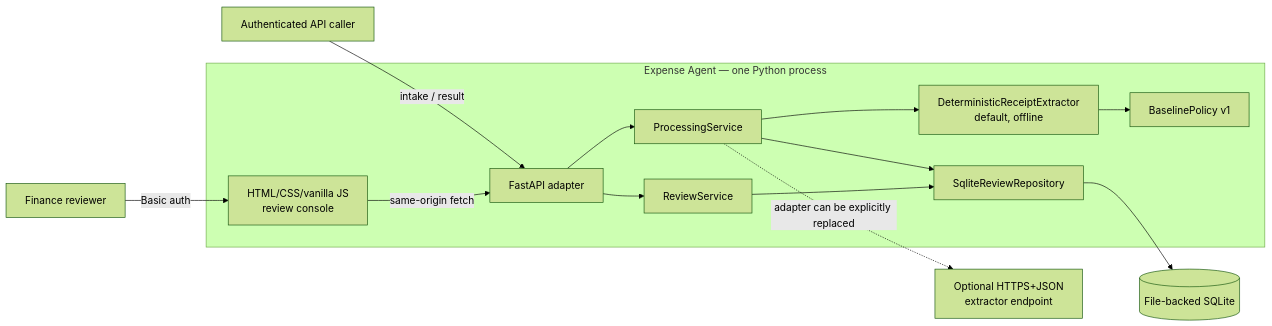
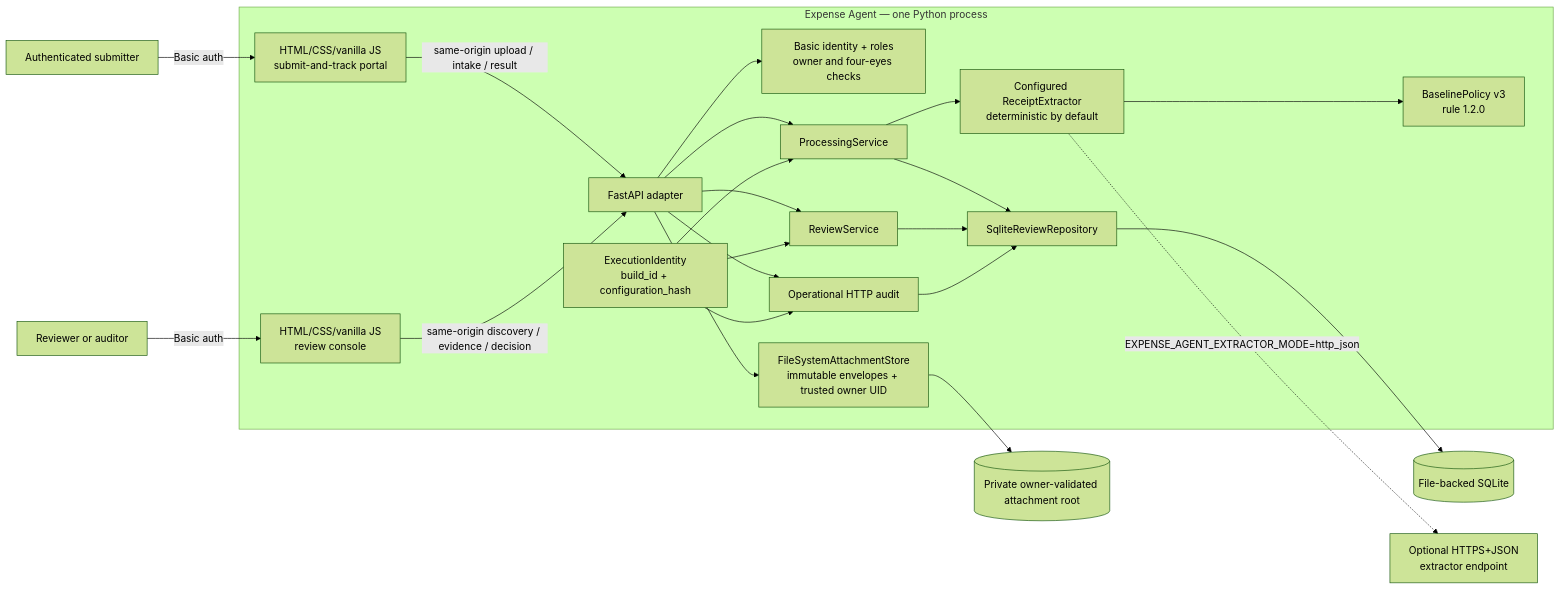
Before and after one commit to Dev-Luigy/automation_luigygabriel: the first of 8 diagrams in docs/architecture.md, drawn with Mermaid (forest theme). The commit also changed other lines of this file and 10 other files, not shown here.

Commit message:
docs: align architecture and traceability model

````diff
--- a/docs/architecture.md
+++ b/docs/architecture.md
@@ -16,29 +17,44 @@
 ```mermaid
 flowchart LR
-    Caller["Authenticated API caller"]
-    Reviewer["Finance reviewer"]
+    Submitter["Authenticated submitter"]
+    Reviewer["Reviewer or auditor"]
 
     subgraph Service["Expense Agent — one Python process"]
-        Static["HTML/CSS/vanilla JS\nreview console"]
+        SubmitUI["HTML/CSS/vanilla JS\nsubmit-and-track portal"]
+        ReviewUI["HTML/CSS/vanilla JS\nreview console"]
         HTTP["FastAPI adapter"]
+        Authz["Basic identity + roles\nowner and four-eyes checks"]
         Processing["ProcessingService"]
         Review["ReviewService"]
-        Extractor["DeterministicReceiptExtractor\ndefault, offline"]
-        Policy["BaselinePolicy v1"]
+        Extractor["Configured ReceiptExtractor\ndeterministic by default"]
+        Policy["BaselinePolicy v3\nrule 1.2.0"]
+        Execution["ExecutionIdentity\nbuild_id + configuration_hash"]
         Repository["SqliteReviewRepository"]
+        AttachmentStore["FileSystemAttachmentStore\nimmutable envelopes + trusted owner UID"]
+        HTTPAudit["Operational HTTP audit"]
     end
 
     DB[("File-backed SQLite")]
+    Files[("Private owner-validated attachment root")]
     Optional["Optional HTTPS+JSON\nextractor endpoint"]
 
-    Caller -->|"intake / result"| HTTP
-    Reviewer -->|"Basic auth"| Static
-    Static -->|"same-origin fetch"| HTTP
+    Submitter -->|"Basic auth"| SubmitUI
+    Reviewer -->|"Basic auth"| ReviewUI
+    SubmitUI -->|"same-origin upload / intake / result"| HTTP
+    ReviewUI -->|"same-origin discovery / evidence / decision"| HTTP
+    HTTP --> Authz
     HTTP --> Processing
     HTTP --> Review
+    HTTP --> AttachmentStore
+    HTTP --> HTTPAudit
     Processing --> Extractor --> Policy
+    Execution --> Processing
+    Execution --> Review
+    Execution --> HTTPAudit
     Processing --> Repository
     Review --> Repository
+    HTTPAudit --> Repository
     Repository --> DB
-    Processing -. "adapter can be explicitly replaced" .-> Optional
+    AttachmentStore --> Files
+    Extractor -. "EXPENSE_AGENT_EXTRACTOR_MODE=http_json" .-> Optional
 ```
````
